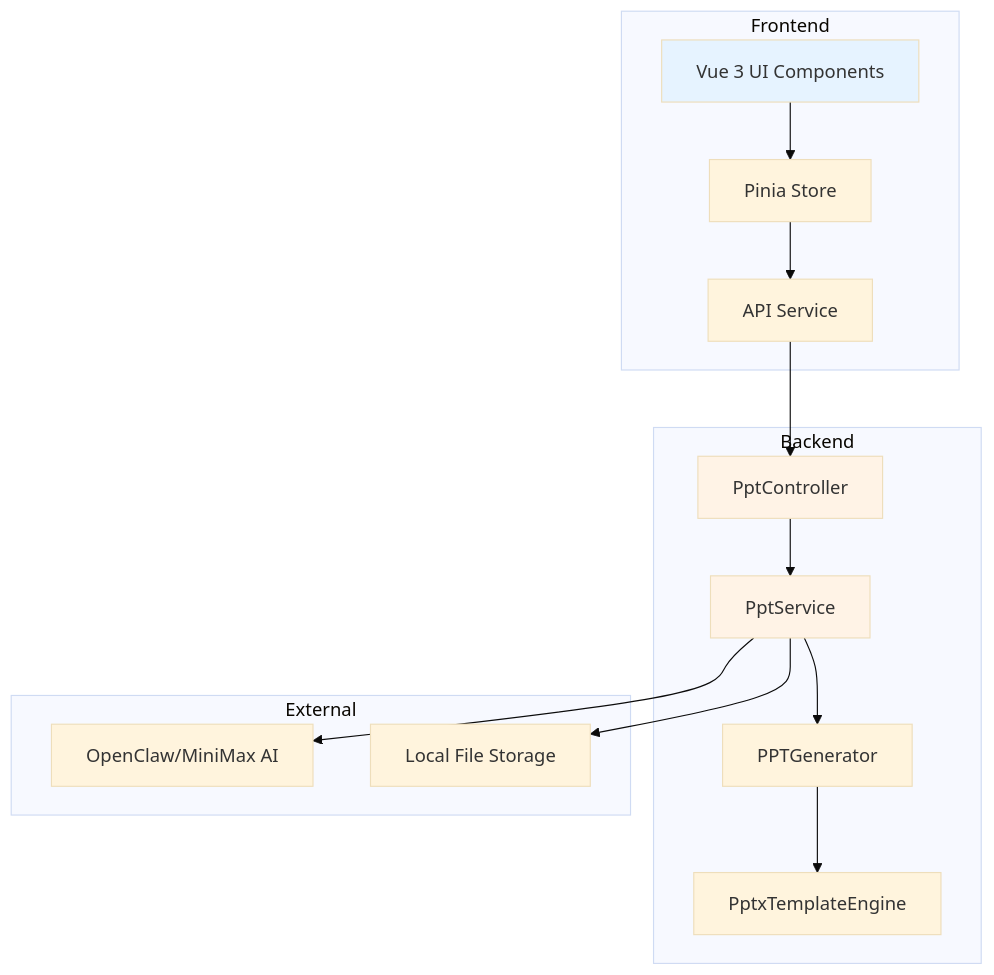
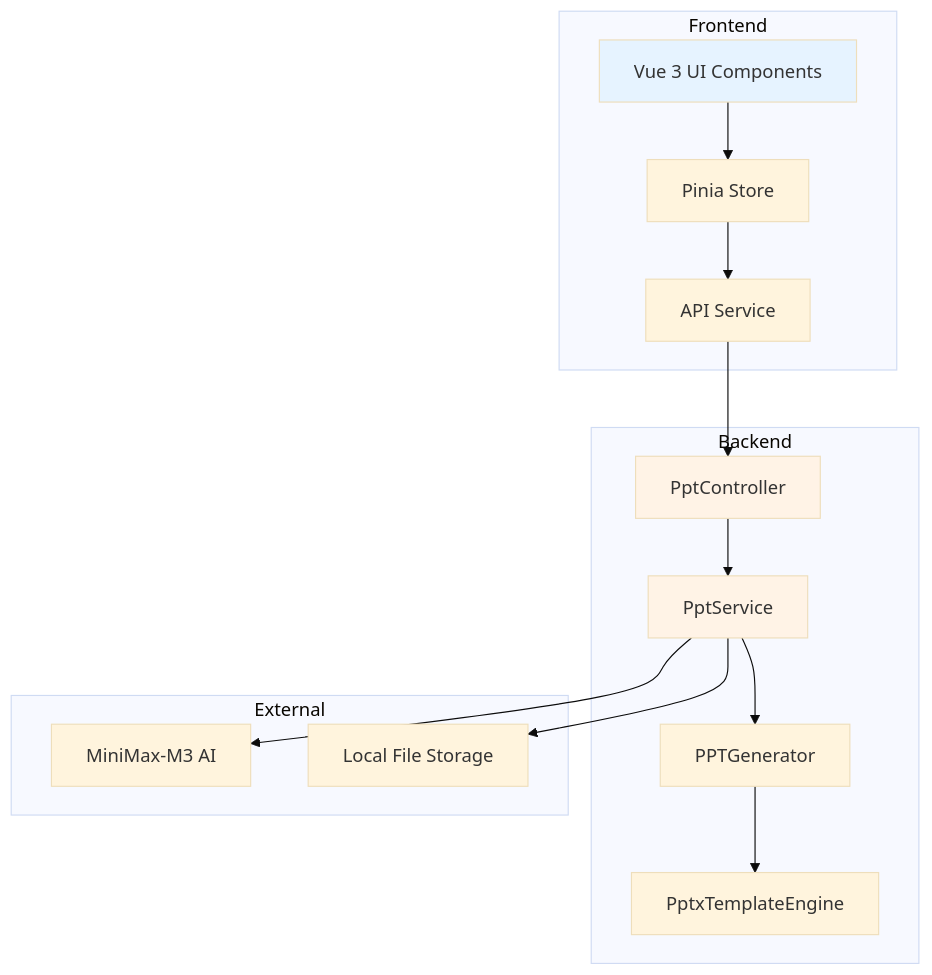
Before and after one commit to YUGUO-YU/legal-ai-assistant: the first of 2 diagrams in legal-ai-assistant/.monkeycode/specs/11-ppt-generator/design.md, drawn with Mermaid (base theme). The commit also changed 16 other files, not shown here.

Commit message:
refactor: 彻底移除 OpenClaw，精简 Dashboard 状态灯为二态(在线/离线) Co-authored-by: monkeycode-ai <monkeycode-ai@chaitin.com>

````diff
--- a/legal-ai-assistant/.monkeycode/specs/11-ppt-generator/design.md
+++ b/legal-ai-assistant/.monkeycode/specs/11-ppt-generator/design.md
@@ -12,33 +12,33 @@
 ```mermaid
 graph TB
     subgraph Frontend
         UI[Vue 3 UI Components]
         Store[Pinia Store]
         API[API Service]
     end
 
     subgraph Backend
         Controller[PptController]
         Service[PptService]
         Generator[PPTGenerator]
         TemplateEngine[PptxTemplateEngine]
     end
 
     subgraph External
-        AIService[OpenClaw/MiniMax AI]
+        AIService[MiniMax-M3 AI]
         FileSystem[Local File Storage]
     end
 
     UI --> Store
     Store --> API
     API --> Controller
     Controller --> Service
     Service --> Generator
     Generator --> TemplateEngine
     Service --> AIService
     Service --> FileSystem
 
     style UI fill:#e6f3ff
     style Controller fill:#fff3e6
     style Service fill:#fff3e6
 ```
````
